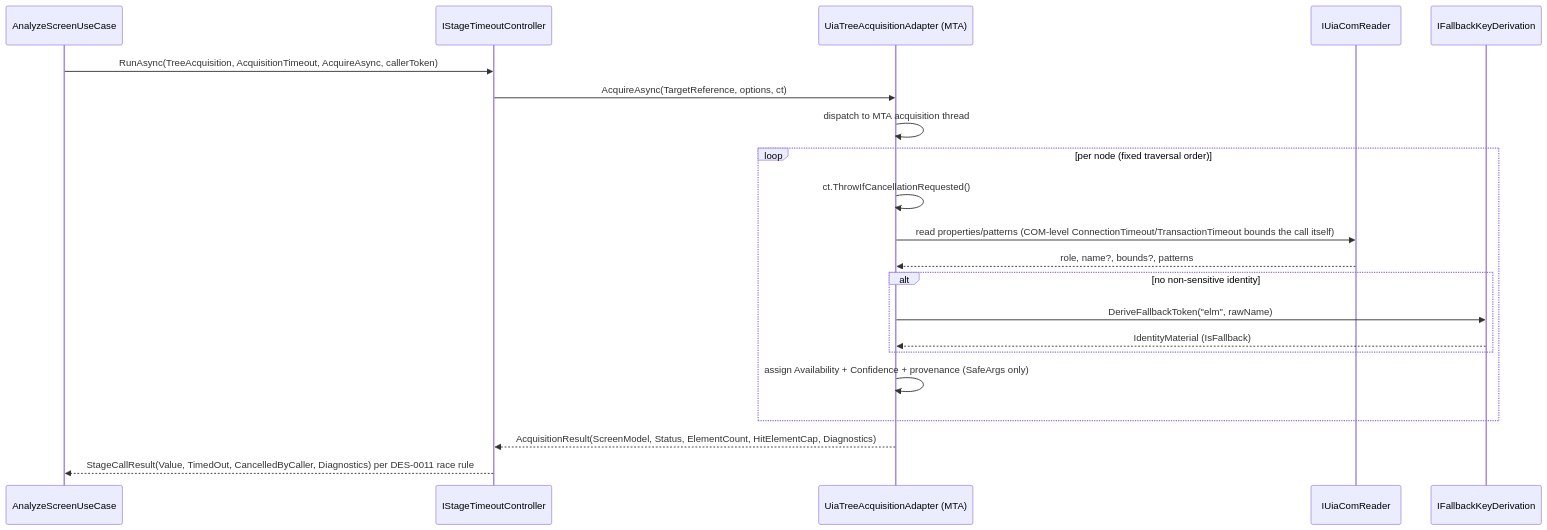
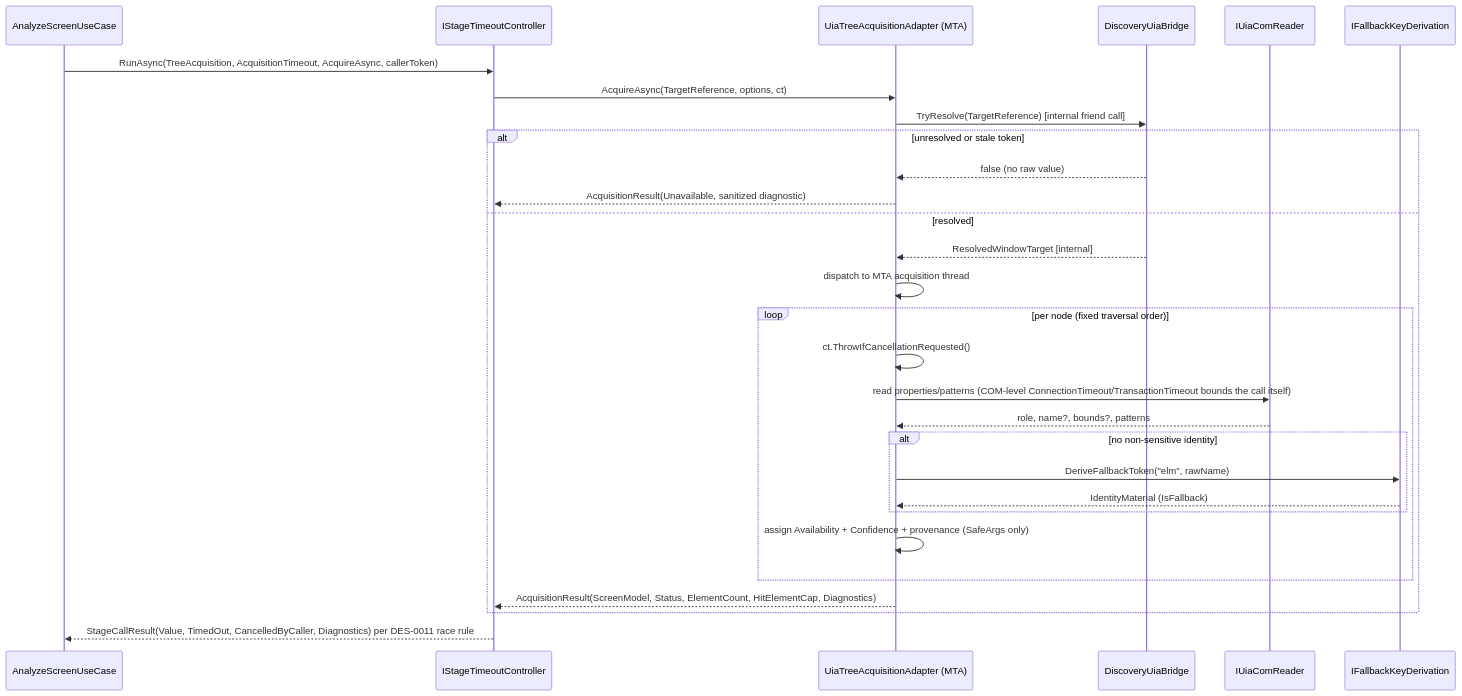
Before and after one commit to urario/Surveyor: the second of 2 diagrams in knowledge/design/des-0014-discovery-uia-msaa-acquisition-and-read-only-audit.md, drawn with Mermaid. The commit also changed other lines of this file and 10 other files, not shown here.

````diff
--- a/knowledge/design/des-0014-discovery-uia-msaa-acquisition-and-read-only-audit.md
+++ b/knowledge/design/des-0014-discovery-uia-msaa-acquisition-and-read-only-audit.md
@@ -292,23 +322,31 @@
 ```mermaid
 sequenceDiagram
     participant UC as AnalyzeScreenUseCase
     participant STC as IStageTimeoutController
     participant ACQ as UiaTreeAcquisitionAdapter (MTA)
+    participant Bridge as DiscoveryUiaBridge
     participant COM as IUiaComReader
     participant M09 as IFallbackKeyDerivation
     UC->>STC: RunAsync(TreeAcquisition, AcquisitionTimeout, AcquireAsync, callerToken)
     STC->>ACQ: AcquireAsync(TargetReference, options, ct)
-    ACQ->>ACQ: dispatch to MTA acquisition thread
-    loop per node (fixed traversal order)
-        ACQ->>ACQ: ct.ThrowIfCancellationRequested()
-        ACQ->>COM: read properties/patterns (COM-level ConnectionTimeout/TransactionTimeout bounds the call itself)
-        COM-->>ACQ: role, name?, bounds?, patterns
-        alt no non-sensitive identity
-            ACQ->>M09: DeriveFallbackToken("elm", rawName)
-            M09-->>ACQ: IdentityMaterial (IsFallback)
+    ACQ->>Bridge: TryResolve(TargetReference) [internal friend call]
+    alt unresolved or stale token
+        Bridge-->>ACQ: false (no raw value)
+        ACQ-->>STC: AcquisitionResult(Unavailable, sanitized diagnostic)
+    else resolved
+        Bridge-->>ACQ: ResolvedWindowTarget [internal]
+        ACQ->>ACQ: dispatch to MTA acquisition thread
+        loop per node (fixed traversal order)
+            ACQ->>ACQ: ct.ThrowIfCancellationRequested()
+            ACQ->>COM: read properties/patterns (COM-level ConnectionTimeout/TransactionTimeout bounds the call itself)
+            COM-->>ACQ: role, name?, bounds?, patterns
+            alt no non-sensitive identity
+                ACQ->>M09: DeriveFallbackToken("elm", rawName)
+                M09-->>ACQ: IdentityMaterial (IsFallback)
+            end
+            ACQ->>ACQ: assign Availability + Confidence + provenance (SafeArgs only)
         end
-        ACQ->>ACQ: assign Availability + Confidence + provenance (SafeArgs only)
+        ACQ-->>STC: AcquisitionResult(ScreenModel, Status, ElementCount, HitElementCap, Diagnostics)
     end
-    ACQ-->>STC: AcquisitionResult(ScreenModel, Status, ElementCount, HitElementCap, Diagnostics)
     STC-->>UC: StageCallResult(Value, TimedOut, CancelledByCaller, Diagnostics) per DES-0011 race rule
 ```
````
